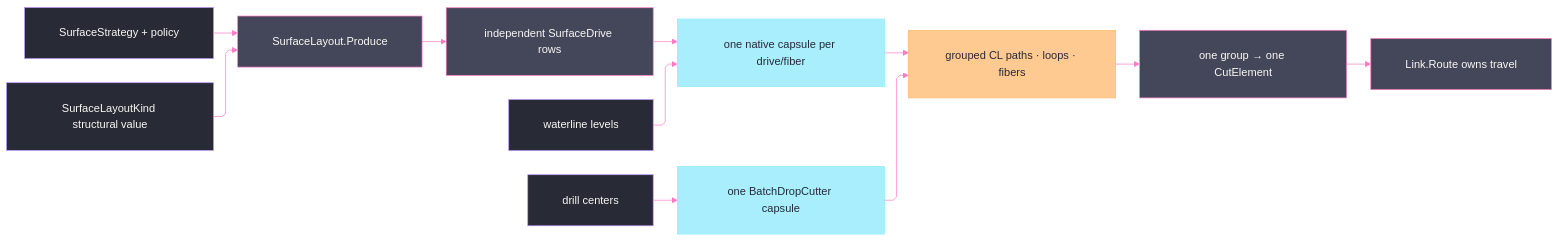
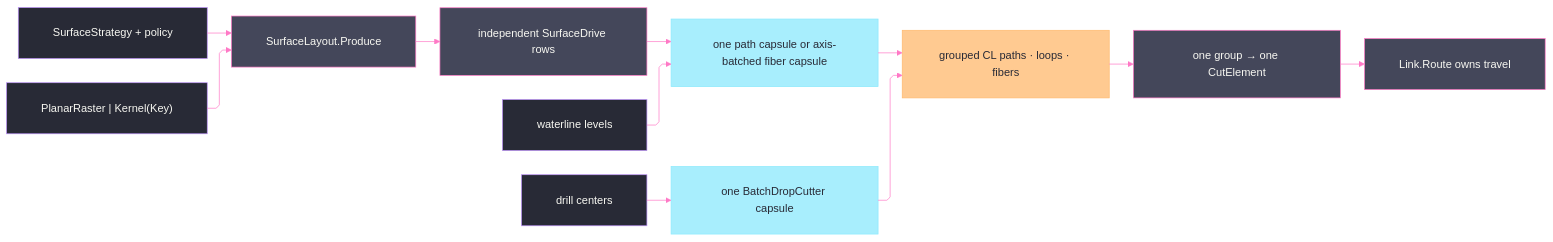
The diagram in libs/csharp/Rasm.Fabrication/.planning/Toolpath/surface.md (bsamiee/Rasm), drawn with Mermaid before and after one commit. The commit also changed other lines of this file and 67 other files, not shown here.

````diff
--- a/libs/csharp/Rasm.Fabrication/.planning/Toolpath/surface.md
+++ b/libs/csharp/Rasm.Fabrication/.planning/Toolpath/surface.md
@@ -933,46 +1358,46 @@
 ```mermaid
 ---
 config:
   theme: base
   look: classic
   layout: elk
   flowchart:
     curve: linear
     padding: 25
   themeVariables:
     darkMode: true
     fontFamily: "SF Mono, Menlo, Cascadia Mono, Segoe UI Mono, Consolas, monospace"
     useGradient: false
     dropShadow: "none"
     background: "#282A36"
     primaryColor: "#44475A"
     primaryTextColor: "#F8F8F2"
     primaryBorderColor: "#BD93F9"
     lineColor: "#FF79C6"
     textColor: "#F8F8F2"
     edgeLabelBackground: "#21222C"
     labelBackgroundColor: "#21222C"
   themeCSS: ".nodeLabel{font-size:13px;font-weight:500}.edgeLabel{font-size:12px;font-weight:500}.cluster-label .nodeLabel{font-size:13.5px;font-weight:700;letter-spacing:.08em}.edge-thickness-normal{stroke-width:2px}.edge-thickness-thick{stroke-width:3px}.edge-pattern-dashed,.edge-pattern-dotted{stroke-width:1.5px;stroke-dasharray:4 6}.node rect,.node circle,.node polygon,.node path,.node .outer-path{stroke-width:1.5px;filter:none!important}.cluster rect{stroke-width:1px!important;stroke-dasharray:5 4!important;filter:none!important}.marker path{transform:scale(.8);transform-origin:5px 5px}.marker circle{transform:scale(.48);transform-origin:5px 5px}.edgeLabel rect{transform-box:fill-box;transform-origin:center;transform:scale(1.1,1.2)}"
 ---
 flowchart LR
   accTitle: Surface sampling ownership
   accDescr: Strategy-specific layouts preserve independent drives, levels, and centers through native operation capsules until each output group becomes one routable cutting element.
   Strategy["SurfaceStrategy + policy"] --> Layout["SurfaceLayout.Produce"]
-  LayoutKind["SurfaceLayoutKind structural value"] --> Layout
+  LayoutKind["PlanarRaster | Kernel(Key)"] --> Layout
   Layout --> Drives["independent SurfaceDrive rows"]
-  Drives --> Capsule["one native capsule per drive/fiber"]
+  Drives --> Capsule["one path capsule or axis-batched fiber capsule"]
   Levels["waterline levels"] --> Capsule
   Centers["drill centers"] --> Batch["one BatchDropCutter capsule"]
   Capsule --> Grouped["grouped CL paths · loops · fibers"]
   Batch --> Grouped
   Grouped --> Elements["one group → one CutElement"]
   Elements --> Link["Link.Route owns travel"]
   classDef primary fill:#44475A,stroke:#FF79C6,color:#F8F8F2
   classDef boundary fill:#282A36,stroke:#BD93F9,color:#F8F8F2
   classDef external fill:#8BE9FDBF,stroke:#8BE9FD,color:#282A36
   classDef data fill:#FFB86CBF,stroke:#FFB86C,color:#282A36
   class Strategy,LayoutKind,Levels,Centers boundary
   class Layout,Drives,Elements,Link primary
   class Capsule,Batch external
   class Grouped data
 ```
````
